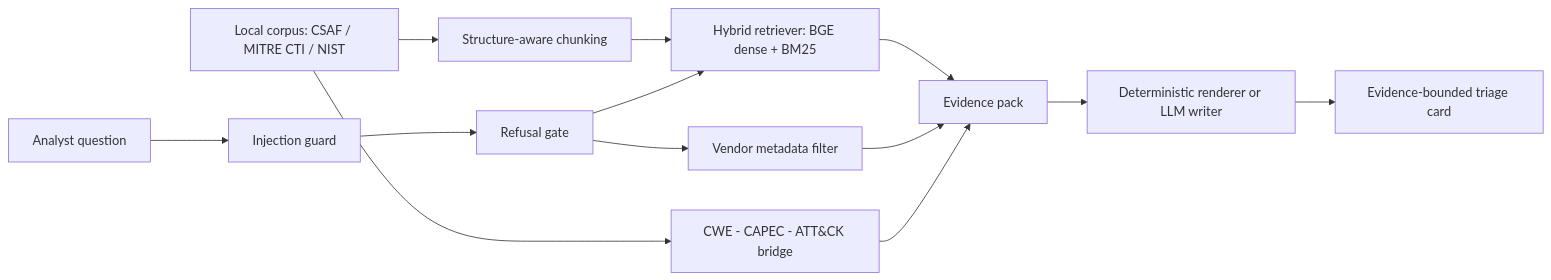
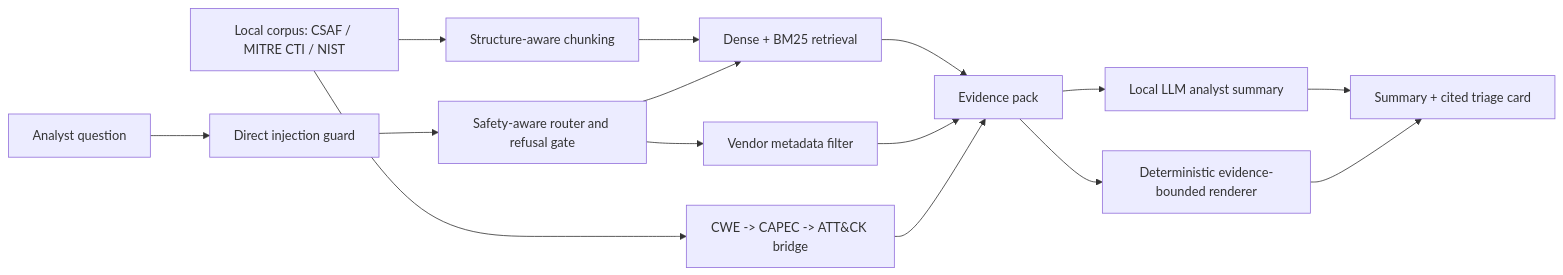
One commit to Rushikesh042/lineguard-secureops-assistant changed the diagram in README.md. Above: the diagram before and after it, drawn with Mermaid. The commit also changed other lines of this file, not shown here.

````diff
--- a/README.md
+++ b/README.md
@@ -19,15 +31,17 @@
 ```mermaid
 flowchart LR
     A[Local corpus: CSAF / MITRE CTI / NIST] --> B[Structure-aware chunking]
-    B --> C[Hybrid retriever: BGE dense + BM25]
-    Q[Analyst question] --> G[Injection guard]
-    G --> R[Refusal gate]
+    B --> C[Dense + BM25 retrieval]
+    Q[Analyst question] --> G[Direct injection guard]
+    G --> R[Safety-aware router and refusal gate]
     R --> C
     R --> V[Vendor metadata filter]
     C --> E[Evidence pack]
     V --> E
-    A --> M[CWE - CAPEC - ATT&CK bridge]
+    A --> M[CWE -> CAPEC -> ATT&CK bridge]
     M --> E
-    E --> W[Deterministic renderer or LLM writer]
-    W --> CARD[Evidence-bounded triage card]
+    E --> L[Local LLM analyst summary]
+    E --> D[Deterministic evidence-bounded renderer]
+    L --> CARD[Summary + cited triage card]
+    D --> CARD
 ```
````
